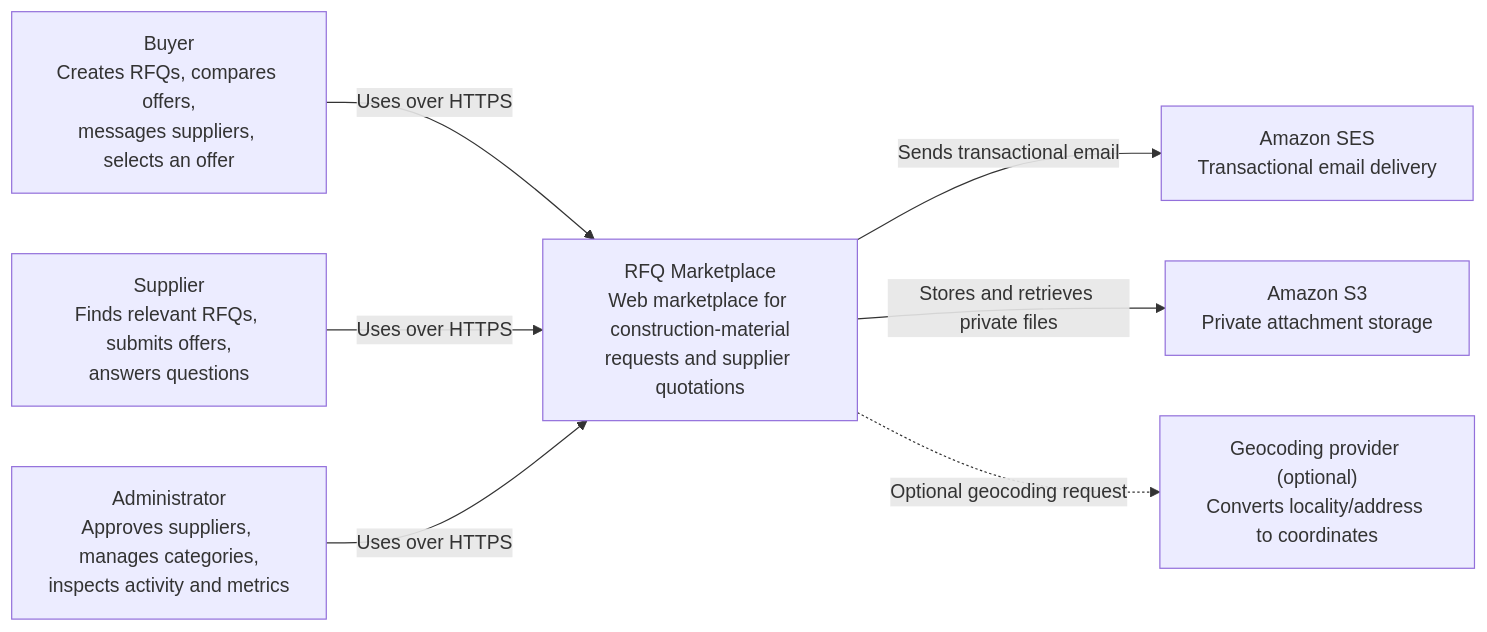
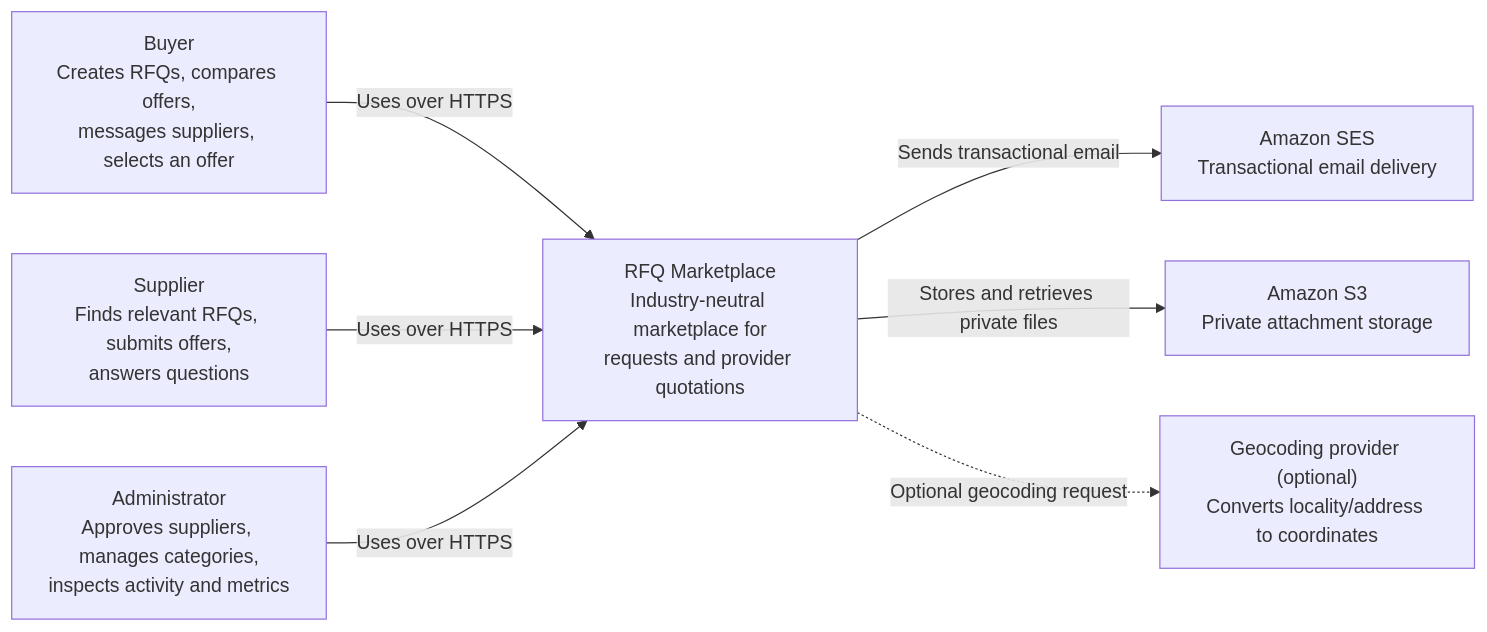
The diagram in docs/architecture/c4-context.md (john4ani/rfq-marketplace), drawn with Mermaid before and after one commit. The commit also changed 21 other files, not shown here.

````diff
--- a/docs/architecture/c4-context.md
+++ b/docs/architecture/c4-context.md
@@ -5,19 +5,19 @@
 ```mermaid
 flowchart LR
     buyer["Buyer<br/>Creates RFQs, compares offers,<br/>messages suppliers, selects an offer"]
     supplier["Supplier<br/>Finds relevant RFQs, submits offers,<br/>answers questions"]
     admin["Administrator<br/>Approves suppliers, manages categories,<br/>inspects activity and metrics"]
 
-    marketplace["RFQ Marketplace<br/>Web marketplace for construction-material<br/>requests and supplier quotations"]
+    marketplace["RFQ Marketplace<br/>Industry-neutral marketplace for<br/>requests and provider quotations"]
 
     email["Amazon SES<br/>Transactional email delivery"]
     storage["Amazon S3<br/>Private attachment storage"]
     geocoder["Geocoding provider (optional)<br/>Converts locality/address to coordinates"]
 
     buyer -->|"Uses over HTTPS"| marketplace
     supplier -->|"Uses over HTTPS"| marketplace
     admin -->|"Uses over HTTPS"| marketplace
     marketplace -->|"Sends transactional email"| email
     marketplace -->|"Stores and retrieves private files"| storage
     marketplace -.->|"Optional geocoding request"| geocoder
 ```
````
